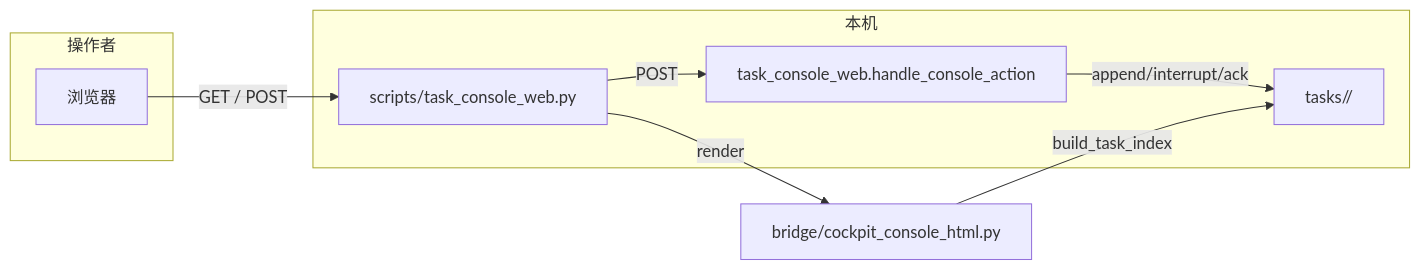
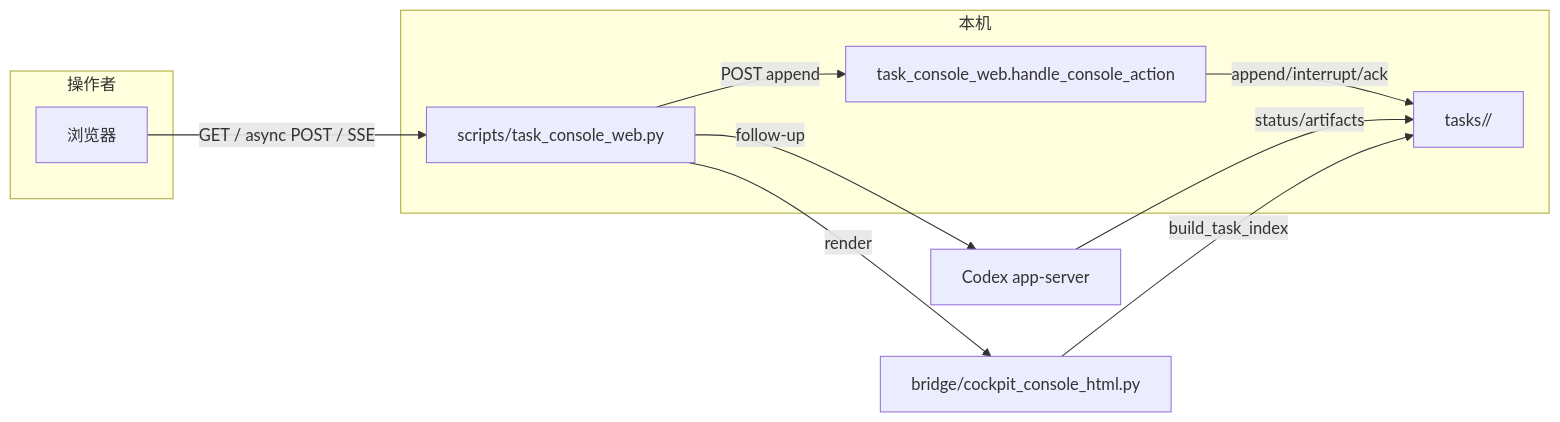
The diagram in docs/2026-05-04-cockpit-ui-progress.md (Brahmsky/IM-Collab), drawn with Mermaid before and after one commit. The commit also changed other lines of this file and 8 other files, not shown here.

````diff
--- a/docs/2026-05-04-cockpit-ui-progress.md
+++ b/docs/2026-05-04-cockpit-ui-progress.md
@@ -35,16 +35,18 @@
 ```mermaid
 flowchart LR
   subgraph user [操作者]
     Browser[浏览器]
   end
   subgraph local [本机]
     Web[scripts/task_console_web.py]
     Bridge[task_console_web.handle_console_action]
     Tasks["tasks/<task_id>/"]
   end
-  Browser -->|GET / POST| Web
+  Browser -->|GET / async POST / SSE| Web
   Web -->|render| CockpitHTML[bridge/cockpit_console_html.py]
-  Web -->|POST| Bridge
+  Web -->|POST append| Bridge
+  Web -->|follow-up| Codex[Codex app-server]
   Bridge -->|append/interrupt/ack| Tasks
+  Codex -->|status/artifacts| Tasks
   CockpitHTML -->|build_task_index| Tasks
 ```
````
